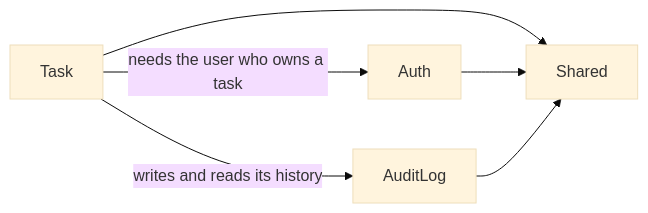
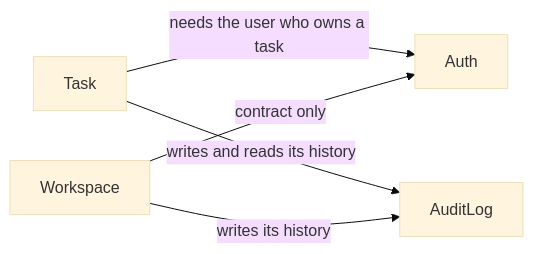
The first of 2 diagrams in README.md (NikitaSomik/symfony-todo-app), drawn with Mermaid (base theme) before and after one commit. The commit also changed other lines of this file and 63 other files, not shown here.

````diff
--- a/README.md
+++ b/README.md
@@ -61,8 +66,7 @@
 ```mermaid
 flowchart LR
     Task -->|needs the user who owns a task| Auth
     Task -->|writes and reads its history| AuditLog
-    Task --> Shared
-    Auth --> Shared
-    AuditLog --> Shared
+    Workspace -->|contract only| Auth
+    Workspace -->|writes its history| AuditLog
 ```
````
